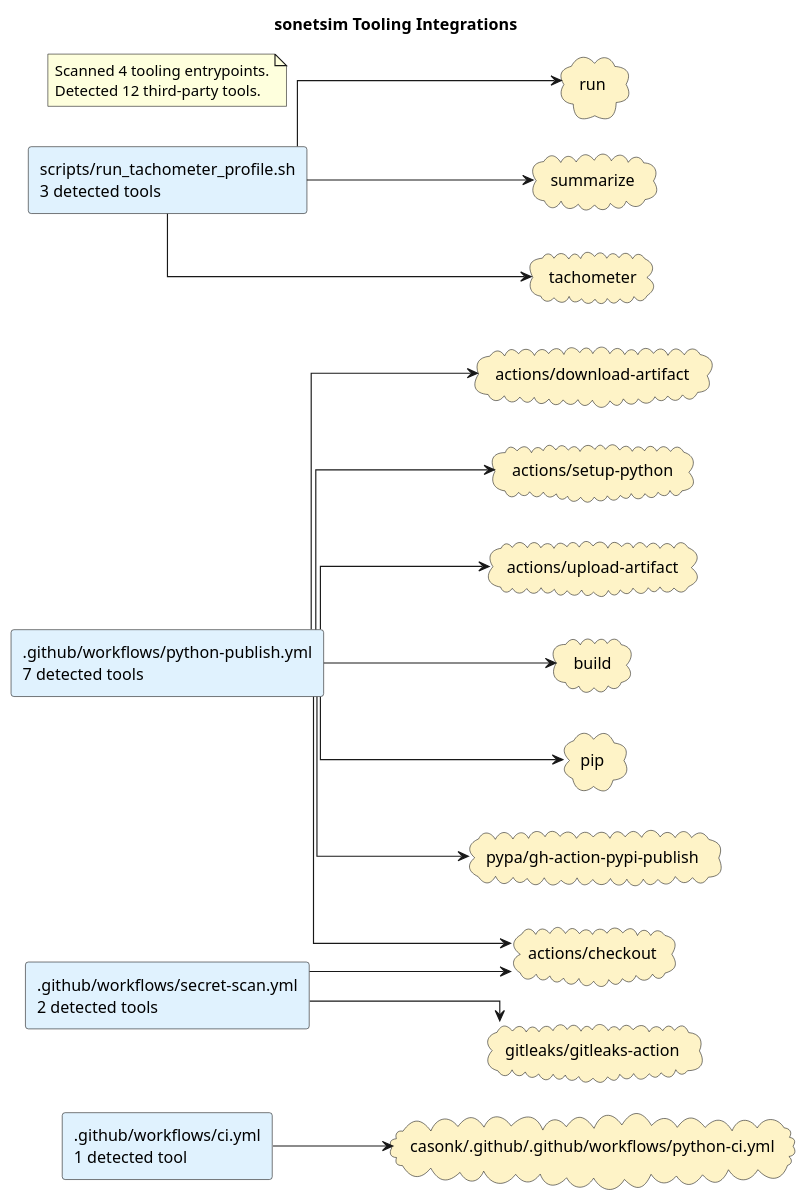
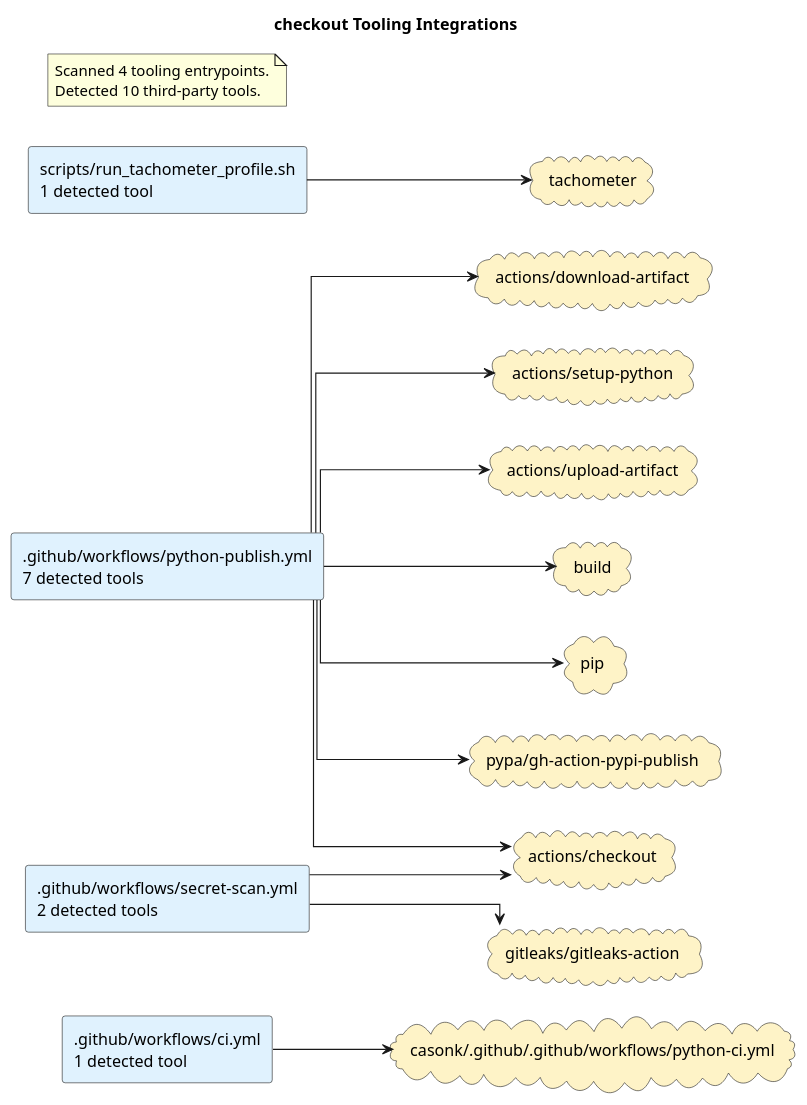
One commit to casonk/sonetsim changed the diagram in docs/diagrams/tooling-integrations.puml. Above: the diagram before and after it, drawn with PlantUML. The commit also changed 9 other files, not shown here.

Commit message:
docs: refresh generated architecture diagrams (#13)

```diff
--- a/docs/diagrams/tooling-integrations.puml
+++ b/docs/diagrams/tooling-integrations.puml
@@ -1,41 +1,37 @@
 @startuml
-title sonetsim Tooling Integrations
+title checkout Tooling Integrations
 left to right direction
 skinparam shadowing false
 skinparam defaultFontName Monospace
 skinparam componentStyle rectangle
 skinparam linetype ortho
 rectangle ".github/workflows/ci.yml\n1 detected tool" as source_github_workflows_ci_yml #E0F2FE
 rectangle ".github/workflows/python-publish.yml\n7 detected tools" as source_github_workflows_python_publish_yml #E0F2FE
 rectangle ".github/workflows/secret-scan.yml\n2 detected tools" as source_github_workflows_secret_scan_yml #E0F2FE
-rectangle "scripts/run_tachometer_profile.sh\n3 detected tools" as source_scripts_run_tachometer_profile_sh #E0F2FE
+rectangle "scripts/run_tachometer_profile.sh\n1 detected tool" as source_scripts_run_tachometer_profile_sh #E0F2FE
 cloud "actions/checkout" as tool_actions_checkout #FEF3C7
 cloud "actions/download-artifact" as tool_actions_download_artifact #FEF3C7
 cloud "actions/setup-python" as tool_actions_setup_python #FEF3C7
 cloud "actions/upload-artifact" as tool_actions_upload_artifact #FEF3C7
 cloud "build" as tool_build #FEF3C7
 cloud "casonk/.github/.github/workflows/python-ci.yml" as tool_casonk_github_github_workflows_python_ci_yml #FEF3C7
 cloud "gitleaks/gitleaks-action" as tool_gitleaks_gitleaks_action #FEF3C7
 cloud "pip" as tool_pip #FEF3C7
 cloud "pypa/gh-action-pypi-publish" as tool_pypa_gh_action_pypi_publish #FEF3C7
-cloud "run" as tool_run #FEF3C7
-cloud "summarize" as tool_summarize #FEF3C7
 cloud "tachometer" as tool_tachometer #FEF3C7
 source_github_workflows_ci_yml --> tool_casonk_github_github_workflows_python_ci_yml
 source_github_workflows_python_publish_yml --> tool_actions_checkout
 source_github_workflows_python_publish_yml --> tool_actions_download_artifact
 source_github_workflows_python_publish_yml --> tool_actions_setup_python
 source_github_workflows_python_publish_yml --> tool_actions_upload_artifact
 source_github_workflows_python_publish_yml --> tool_build
 source_github_workflows_python_publish_yml --> tool_pip
 source_github_workflows_python_publish_yml --> tool_pypa_gh_action_pypi_publish
 source_github_workflows_secret_scan_yml --> tool_actions_checkout
 source_github_workflows_secret_scan_yml --> tool_gitleaks_gitleaks_action
-source_scripts_run_tachometer_profile_sh --> tool_run
-source_scripts_run_tachometer_profile_sh --> tool_summarize
 source_scripts_run_tachometer_profile_sh --> tool_tachometer
 note as toolingGraphSummary
 Scanned 4 tooling entrypoints.
-Detected 12 third-party tools.
+Detected 10 third-party tools.
 end note
 @enduml
```
